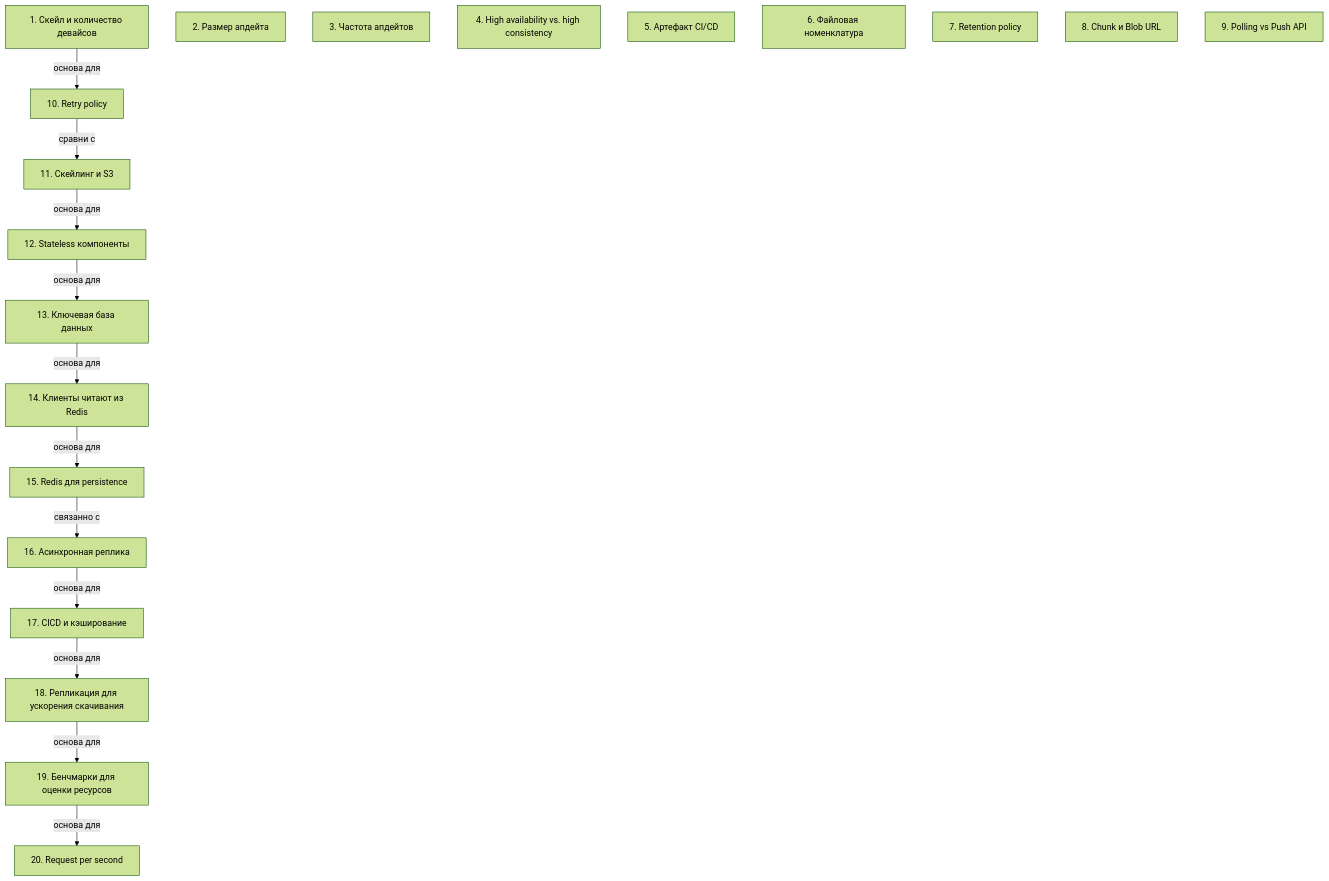
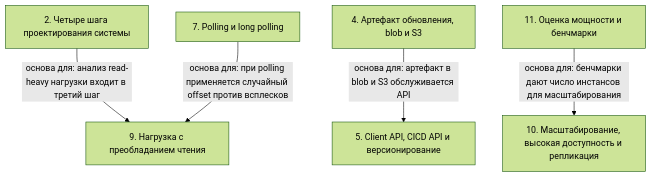
One commit to AsoloCode/notes changed the diagram in SSL.BAND Систем Дизайн/08 - Как пройти system design интервью (от Andrii Bui) — os-updater/notes.md. Above: the diagram before and after it, drawn with Mermaid (forest theme). The commit also changed other lines of this file and 391 other files, not shown here.

````diff
--- a/SSL.BAND Систем Дизайн/08 - Как пройти system design интервью (от Andrii Bui) — os-updater/notes.md
+++ b/SSL.BAND Систем Дизайн/08 - Как пройти system design интервью (от Andrii Bui) — os-updater/notes.md
@@ -185,34 +165,14 @@
 ```mermaid
 flowchart TD
-    n1["1. Скейл и количество девайсов"]
-    n2["2. Размер апдейта"]
-    n3["3. Частота апдейтов"]
-    n4["4. High availability vs. high consistency"]
-    n5["5. Артефакт CI/CD"]
-    n6["6. Файловая номенклатура"]
-    n7["7. Retention policy"]
-    n8["8. Chunk и Blob URL"]
-    n9["9. Polling vs Push API"]
-    n10["10. Retry policy"]
-    n11["11. Скейлинг и S3"]
-    n12["12. Stateless компоненты"]
-    n13["13. Ключевая база данных"]
-    n14["14. Клиенты читают из Redis"]
-    n15["15. Redis для persistence"]
-    n16["16. Асинхронная реплика"]
-    n17["17. CICD и кэширование"]
-    n18["18. Репликация для ускорения скачивания"]
-    n19["19. Бенчмарки для оценки ресурсов"]
-    n20["20. Request per second"]
-    n1 -->|основа для| n10
-    n10 -->|сравни с| n11
-    n11 -->|основа для| n12
-    n12 -->|основа для| n13
-    n13 -->|основа для| n14
-    n14 -->|основа для| n15
-    n15 -->|связанно с| n16
-    n16 -->|основа для| n17
-    n17 -->|основа для| n18
-    n18 -->|основа для| n19
-    n19 -->|основа для| n20
+    n2["2. Четыре шага проектирования системы"]
+    n4["4. Артефакт обновления, blob и S3"]
+    n5["5. Client API, CICD API и версионирование"]
+    n7["7. Polling и long polling"]
+    n9["9. Нагрузка с преобладанием чтения"]
+    n10["10. Масштабирование, высокая доступность и репликация"]
+    n11["11. Оценка мощности и бенчмарки"]
+    n2 -->|основа для: анализ read-heavy нагрузки входит в третий шаг| n9
+    n4 -->|основа для: артефакт в blob и S3 обслуживается API| n5
+    n7 -->|основа для: при polling применяется случайный offset против всплесков| n9
+    n11 -->|основа для: бенчмарки дают число инстансов для масштабирования| n10
 ```
````
